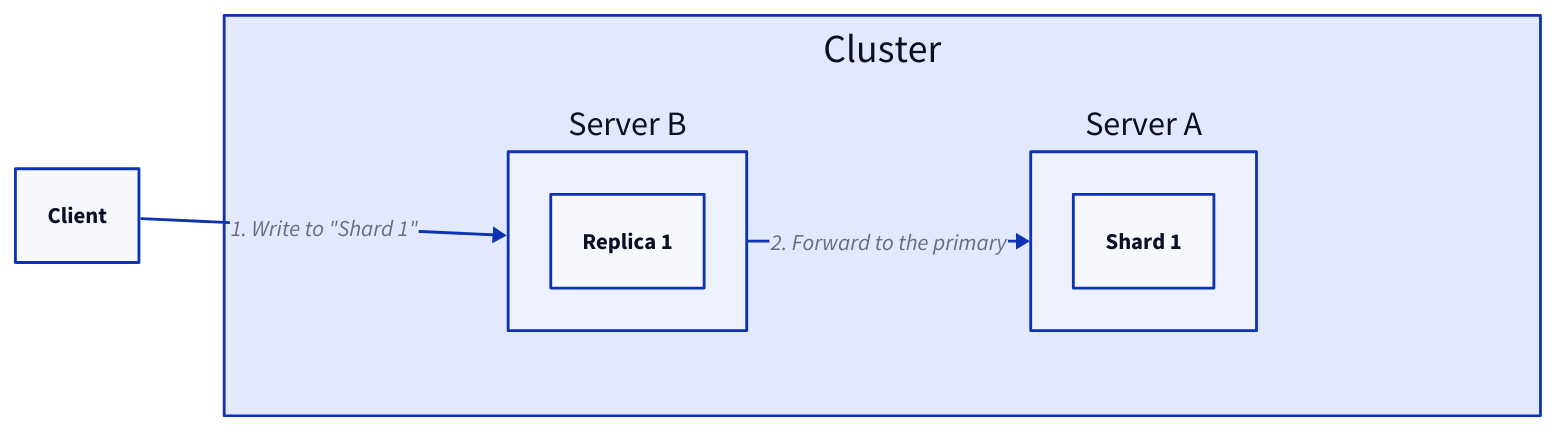
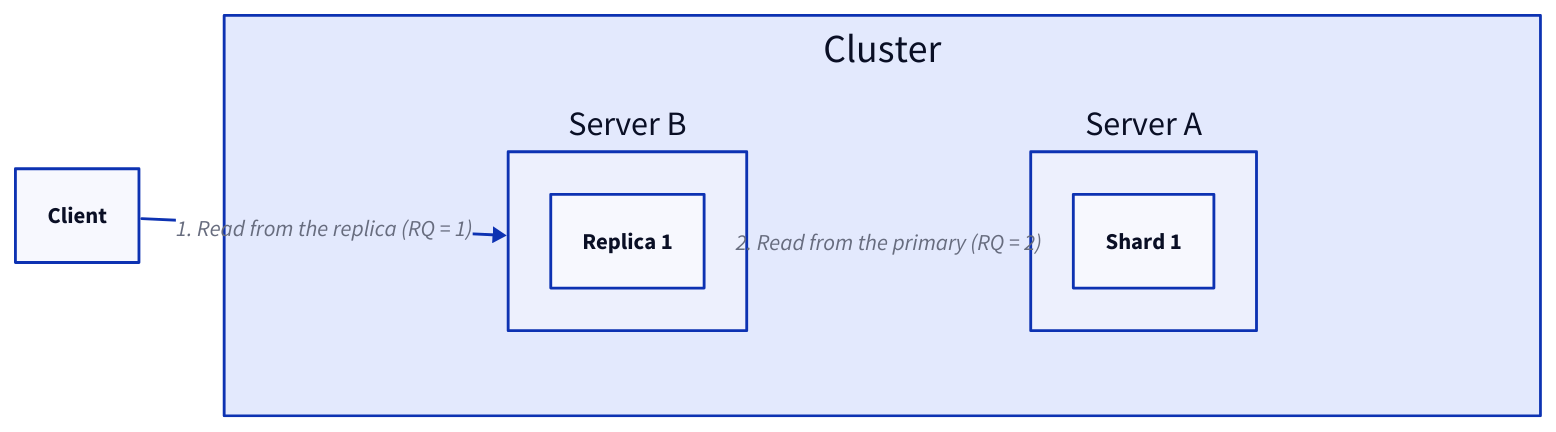
One commit to link1905/system-design-101 changed the seventh of 10 diagrams in content/data-persistence/distributed-database/peer-to-peer-architecture/_index.md. Above: the diagram before and after it, drawn with D2. The commit also changed other lines of this file and 42 other files, not shown here.

````diff
--- a/content/data-persistence/distributed-database/peer-to-peer-architecture/_index.md
+++ b/content/data-persistence/distributed-database/peer-to-peer-architecture/_index.md
@@ -501,17 +503,17 @@
 ```d2
 client: Client {
     class: client
 }
 c: Cluster {
   grid-rows: 1
   horizontal-gap: 200
   sb: Server B {
     s: Replica 1
   }
   sa: Server A {
     s: Shard 1
   }
 }
-client -> c.sb: '1. Write to "Shard 1"'
-c.sb -> c.sa: "2. Forward to the primary"
+client -> c.sb: '1. Read from the replica (RQ = 1)'
+c.sb -> c.sa: "2. Read from the primary (RQ = 2)"
 ```
````
